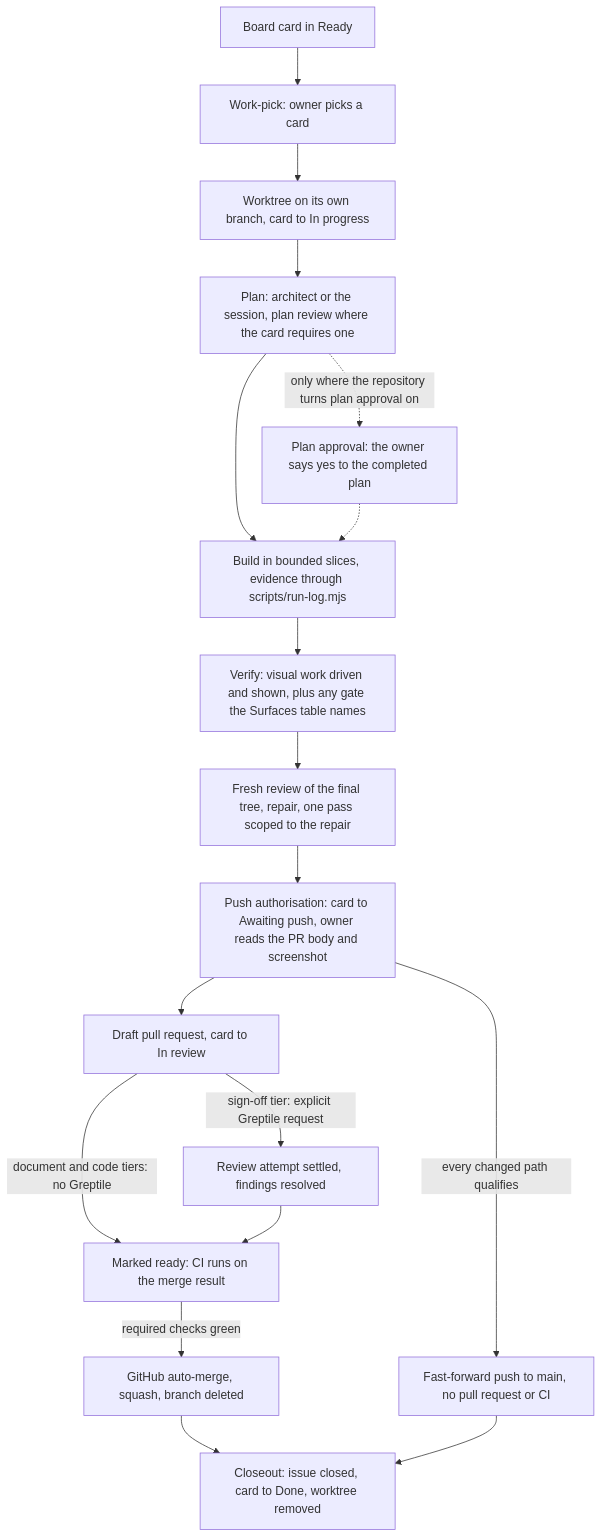
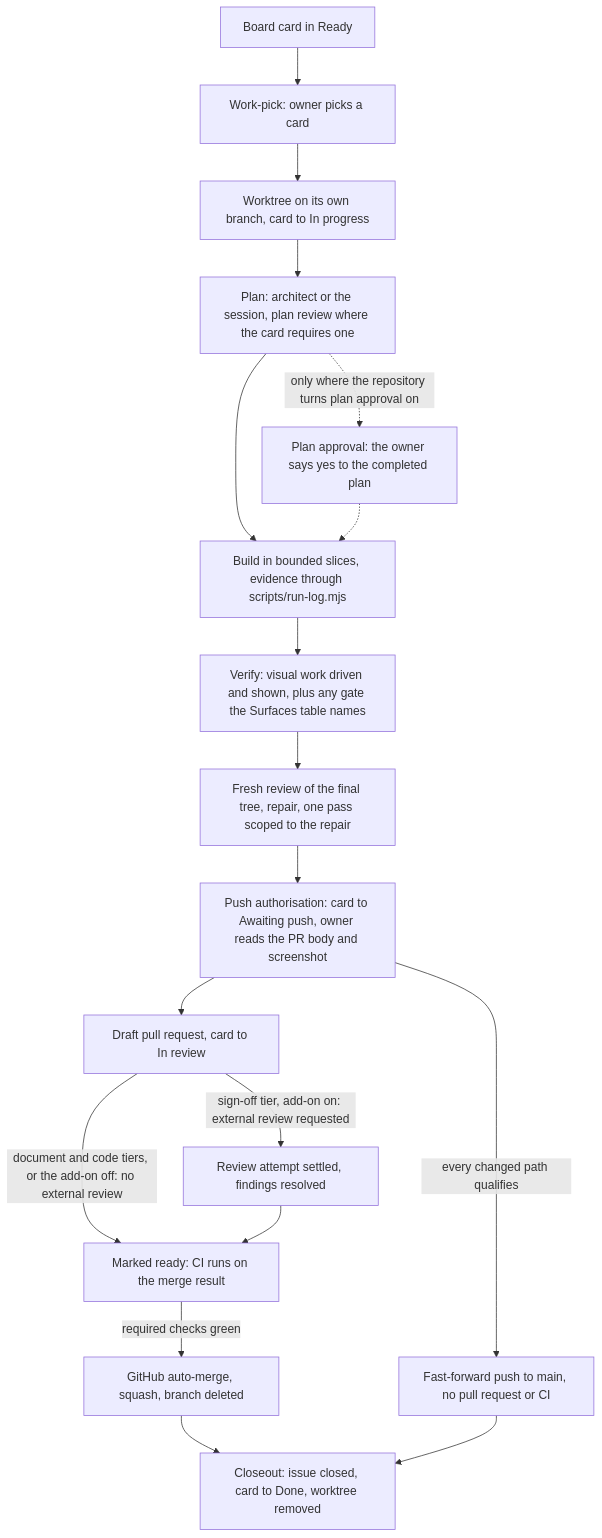
The diagram in docs/AI-WORKFLOW-job.md (zaingulel/RentCottage), drawn with Mermaid before and after one commit. The commit also changed other lines of this file and 42 other files, not shown here.

````diff
--- a/docs/AI-WORKFLOW-job.md
+++ b/docs/AI-WORKFLOW-job.md
@@ -23,20 +23,20 @@
 ```mermaid
 flowchart TD
     C[Board card in Ready] --> WP[Work-pick: owner picks a card]
     WP --> WT[Worktree on its own branch, card to In progress]
     WT --> PL[Plan: architect or the session, plan review where the card requires one]
     PL --> BD[Build in bounded slices, evidence through scripts/run-log.mjs]
     PL -.->|only where the repository turns plan approval on| AP[Plan approval: the owner says yes to the completed plan]
     AP -.-> BD
     BD --> VR[Verify: visual work driven and shown, plus any gate the Surfaces table names]
     VR --> RV[Fresh review of the final tree, repair, one pass scoped to the repair]
     RV --> PA[Push authorisation: card to Awaiting push, owner reads the PR body and screenshot]
     PA --> DR[Draft pull request, card to In review]
     PA -->|every changed path qualifies| FF[Fast-forward push to main, no pull request or CI]
-    DR -->|document and code tiers: no Greptile| RD[Marked ready: CI runs on the merge result]
-    DR -->|sign-off tier: explicit Greptile request| GR[Review attempt settled, findings resolved]
+    DR -->|document and code tiers, or the add-on off: no external review| RD[Marked ready: CI runs on the merge result]
+    DR -->|sign-off tier, add-on on: external review requested| GR[Review attempt settled, findings resolved]
     GR --> RD
     RD -->|required checks green| MG[GitHub auto-merge, squash, branch deleted]
     MG --> CO[Closeout: issue closed, card to Done, worktree removed]
     FF --> CO
 ```
````
